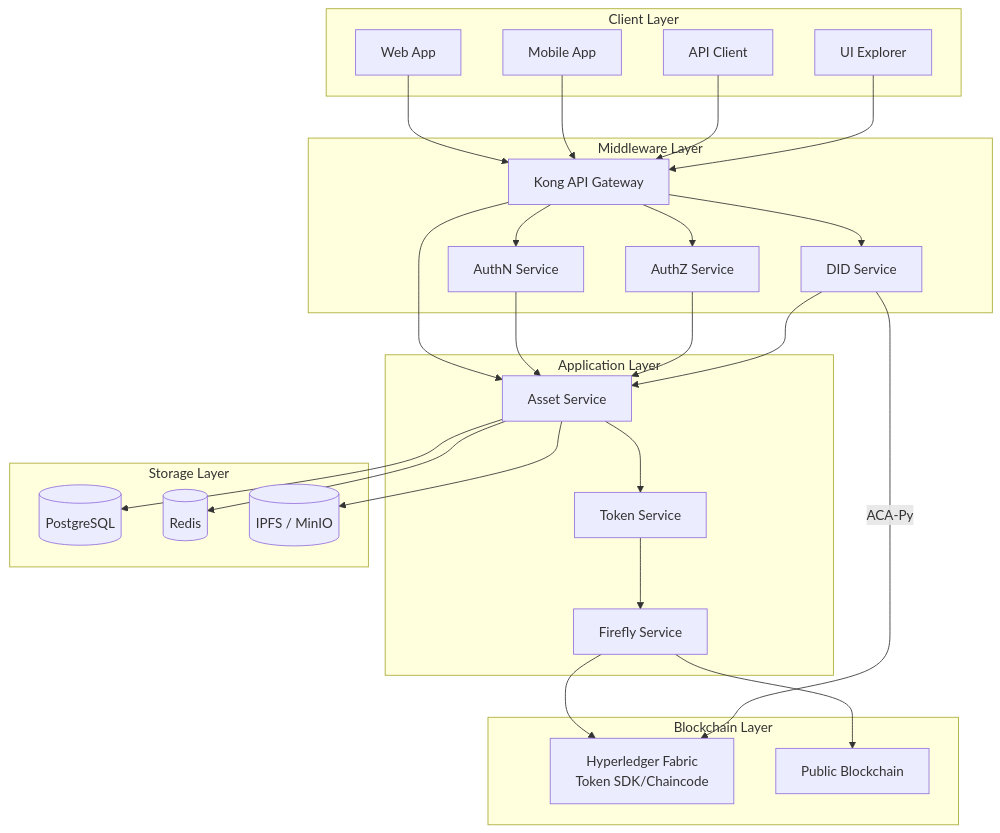
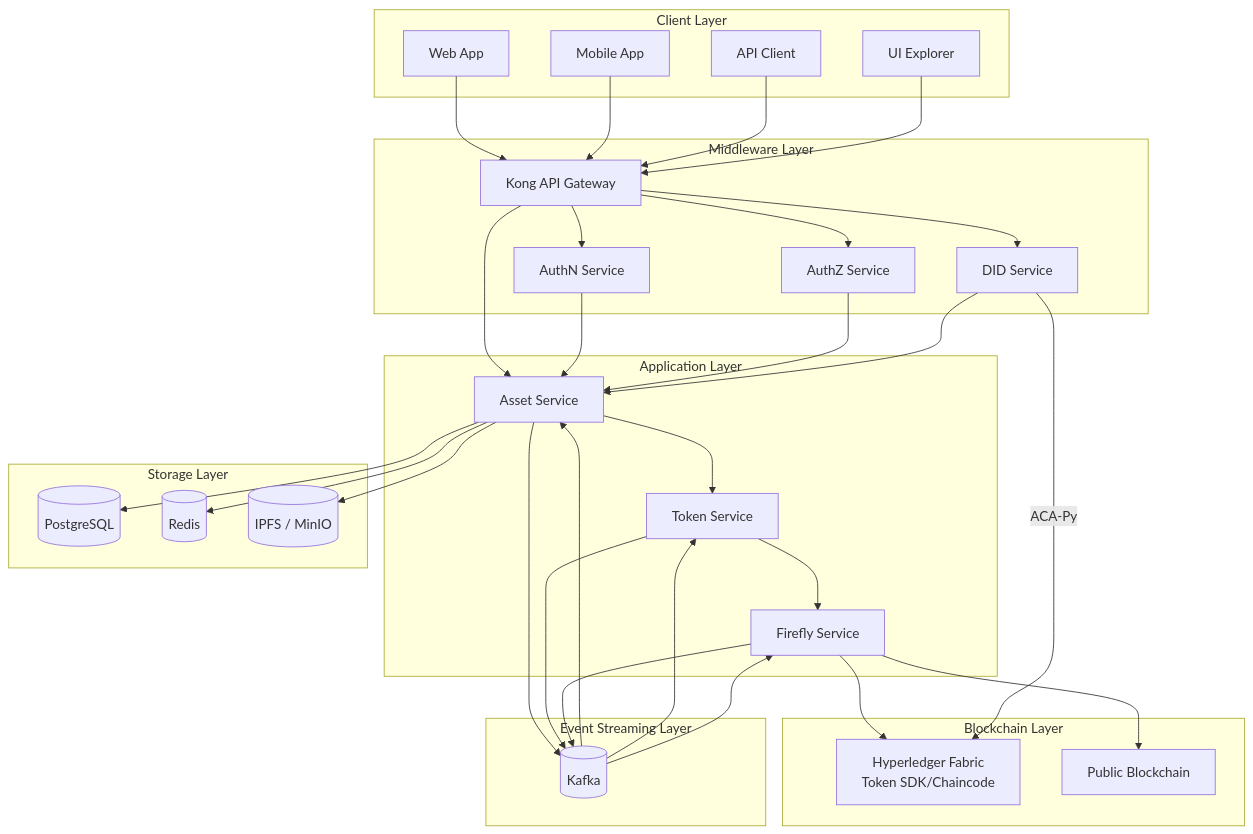
One commit to metafi-blockchain/metafi-digital-assets-service changed the first of 4 diagrams in docs/architecture-design.en.md. Above: the diagram before and after it, drawn with Mermaid. The commit also changed other lines of this file, not shown here.

````diff
--- a/docs/architecture-design.en.md
+++ b/docs/architecture-design.en.md
@@ -19,57 +19,68 @@
 ```mermaid
 graph TD
     subgraph "Client Layer"
         Web[Web App]
         Mobile[Mobile App]
         API[API Client]
         Explorer[UI Explorer]
     end
 
     subgraph "Middleware Layer"
         Gateway[Kong API Gateway]
         AuthN[AuthN Service]
         AuthZ[AuthZ Service]
         DID["DID Service"]
     end
 
     subgraph "Application Layer"
         Asset[Asset Service]
         Token[Token Service]
         Firefly[Firefly Service]
     end
 
     subgraph "Blockchain Layer"
         Fabric["Hyperledger Fabric<br/>Token SDK/Chaincode"]
         PublicChain[Public Blockchain]
     end
 
     subgraph "Storage Layer"
         DB[(PostgreSQL)]
         Cache[(Redis)]
         Storage[(IPFS / MinIO)]
     end
 
+    subgraph "Event Streaming Layer"
+        Kafka[(Kafka)]
+    end
+
     Web --> Gateway
     Mobile --> Gateway
     API --> Gateway
     Explorer --> Gateway
 
     Gateway --> AuthN
     Gateway --> AuthZ
     Gateway --> Asset
     Gateway --> DID
 
     AuthN --> Asset
     AuthZ --> Asset
     DID --> Asset
 
     Asset --> Token
     Token --> Firefly
     Firefly --> Fabric
     Firefly --> PublicChain
 
     Asset --> DB
     Asset --> Cache
     Asset --> Storage
     DID -->|ACA-Py| Fabric
+
+    Asset --> Kafka
+    Kafka --> Asset
+    Token --> Kafka
+    Kafka --> Token
+    Firefly --> Kafka
+    Kafka --> Firefly
 ```
````
